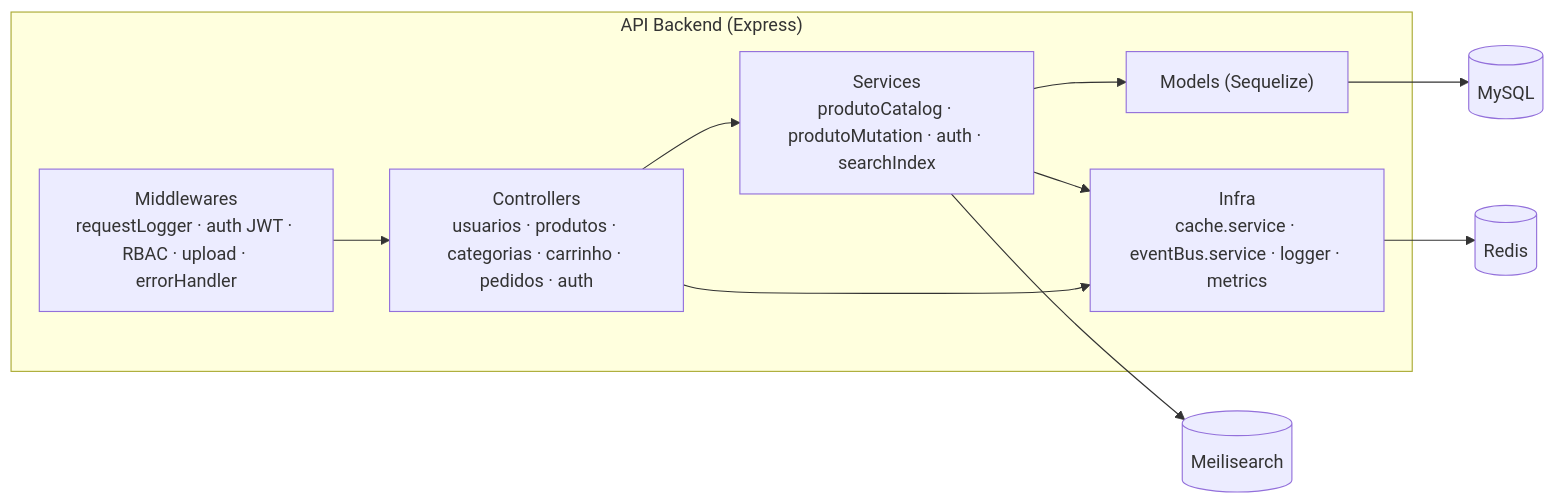
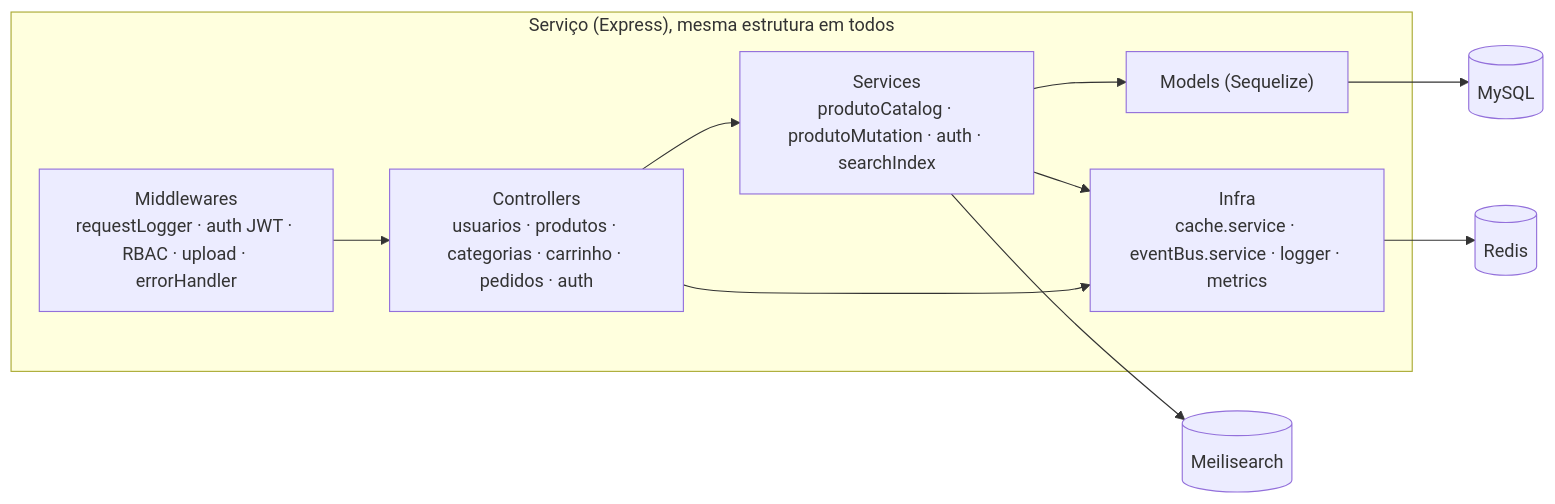
Before and after one commit to LuizZamzicki/agnus-composer: the third of 3 diagrams in docs/arquitetura/c4-contexto-containers.md, drawn with Mermaid. The commit also changed other lines of this file and 16 other files, not shown here.

````diff
--- a/docs/arquitetura/c4-contexto-containers.md
+++ b/docs/arquitetura/c4-contexto-containers.md
@@ -65,16 +76,16 @@
 ```mermaid
 flowchart LR
-    subgraph API["API Backend (Express)"]
+    subgraph API["Serviço (Express), mesma estrutura em todos"]
         MW["Middlewares<br/>requestLogger · auth JWT · RBAC · upload · errorHandler"]
         C["Controllers<br/>usuarios · produtos · categorias · carrinho · pedidos · auth"]
         S["Services<br/>produtoCatalog · produtoMutation · auth · searchIndex"]
         INF["Infra<br/>cache.service · eventBus.service · logger · metrics"]
         M["Models (Sequelize)"]
     end
     MW --> C --> S --> M
     S --> INF
     C --> INF
     M --> DB[(MySQL)]
     INF --> R[(Redis)]
     S --> MS[(Meilisearch)]
 ```
````
